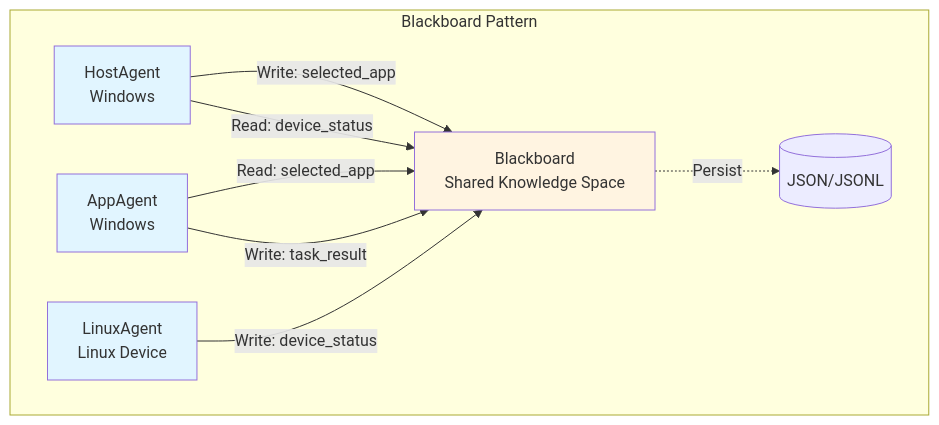
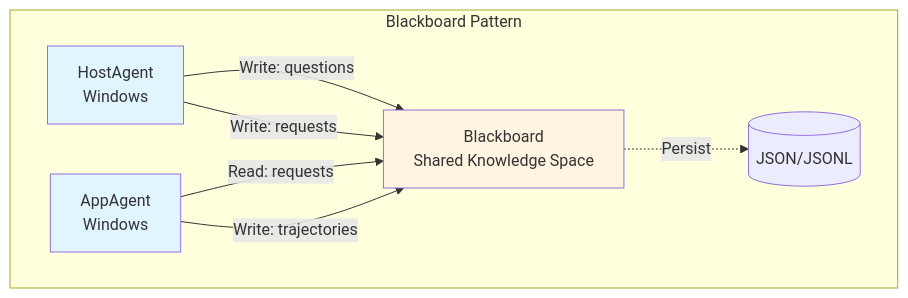
The fourth of 6 diagrams in documents/docs/infrastructure/agents/design/memory.md (microsoft/UFO), drawn with Mermaid before and after one commit. The commit also changed other lines of this file and 6 other files, not shown here.

````diff
--- a/documents/docs/infrastructure/agents/design/memory.md
+++ b/documents/docs/infrastructure/agents/design/memory.md
@@ -227,24 +227,20 @@
 ```mermaid
 graph TB
     subgraph "Blackboard Pattern"
         BB[Blackboard<br/>Shared Knowledge Space]
         
         HostAgent[HostAgent<br/>Windows]
         AppAgent[AppAgent<br/>Windows]
-        LinuxAgent[LinuxAgent<br/>Linux Device]
         
-        HostAgent -->|Write: selected_app| BB
-        AppAgent -->|Read: selected_app| BB
-        AppAgent -->|Write: task_result| BB
-        
-        LinuxAgent -->|Write: device_status| BB
-        HostAgent -->|Read: device_status| BB
+        HostAgent -->|Write: questions| BB
+        HostAgent -->|Write: requests| BB
+        AppAgent -->|Read: requests| BB
+        AppAgent -->|Write: trajectories| BB
         
         BB -.Persist.-> FileStorage[(JSON/JSONL)]
     end
     
     style BB fill:#fff4e1
     style HostAgent fill:#e1f5ff
     style AppAgent fill:#e1f5ff
-    style LinuxAgent fill:#e1f5ff
 ```
````
